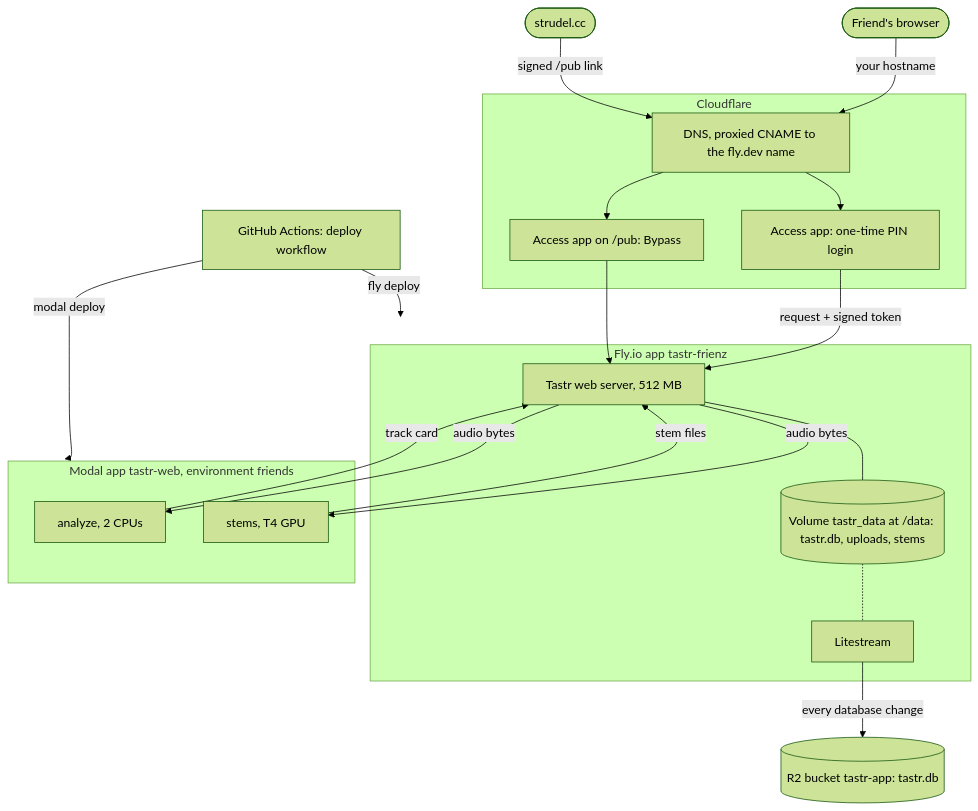
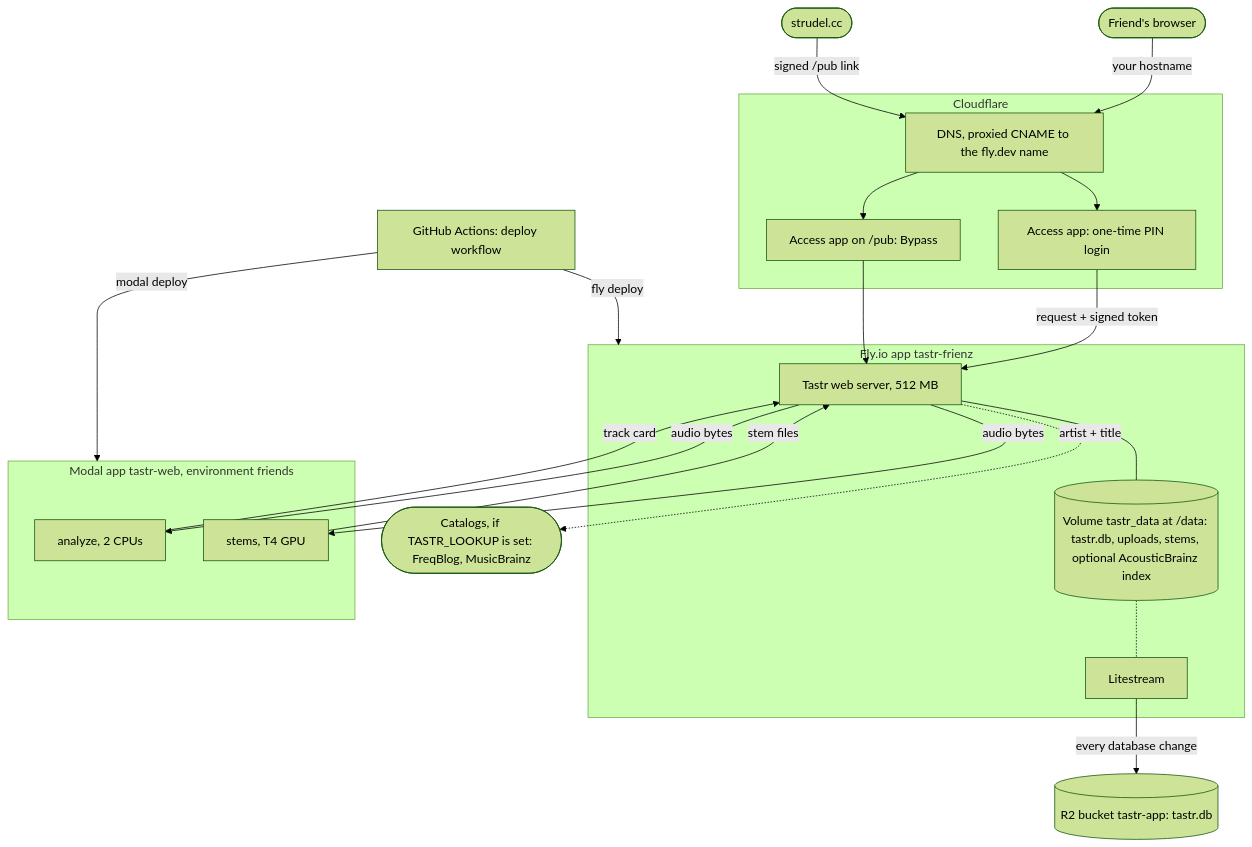
The first of 2 diagrams in docs/hosting-map.md (pocketIlmatto/tastr), drawn with Mermaid (forest theme) before and after one commit. The commit also changed other lines of this file and 1 other file, not shown here.

First line of the commit message:
Docs: turning on catalog lookups in the hosted app, and copying the AcousticBrainz index to the volume (#25)

````diff
--- a/docs/hosting-map.md
+++ b/docs/hosting-map.md
@@ -25,31 +25,33 @@
 ```mermaid
 flowchart TB
   F([Friend's browser])
   S([strudel.cc])
   subgraph CF[Cloudflare]
     DNS[DNS, proxied CNAME to the fly.dev name]
     ACC[Access app: one-time PIN login]
     BYP[Access app on /pub: Bypass]
   end
   subgraph FLY[Fly.io app tastr-frienz]
     WEB[Tastr web server, 512 MB]
-    VOL[(Volume tastr_data at /data: tastr.db, uploads, stems)]
+    VOL[(Volume tastr_data at /data: tastr.db, uploads, stems, optional AcousticBrainz index)]
     LS[Litestream]
   end
   subgraph MOD[Modal app tastr-web, environment friends]
     AN[analyze, 2 CPUs]
     ST[stems, T4 GPU]
   end
   R2[(R2 bucket tastr-app: tastr.db)]
   GH[GitHub Actions: deploy workflow]
+  CAT([Catalogs, if TASTR_LOOKUP is set: FreqBlog, MusicBrainz])
 
   F -->|your hostname| DNS --> ACC -->|request + signed token| WEB
   S -->|signed /pub link| DNS --> BYP --> WEB
   WEB --- VOL
   VOL -.- LS
   LS -->|every database change| R2
   WEB -->|audio bytes| AN -->|track card| WEB
   WEB -->|audio bytes| ST -->|stem files| WEB
+  WEB -.->|artist + title| CAT
   GH -->|modal deploy| MOD
   GH -->|fly deploy| FLY
 ```
````
